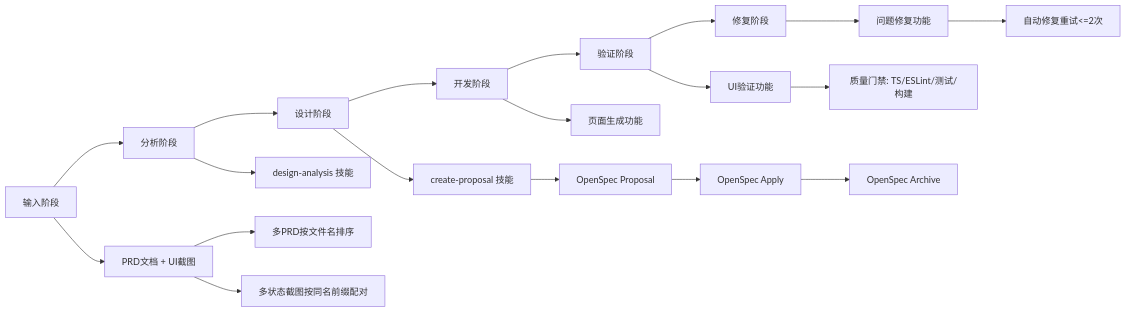
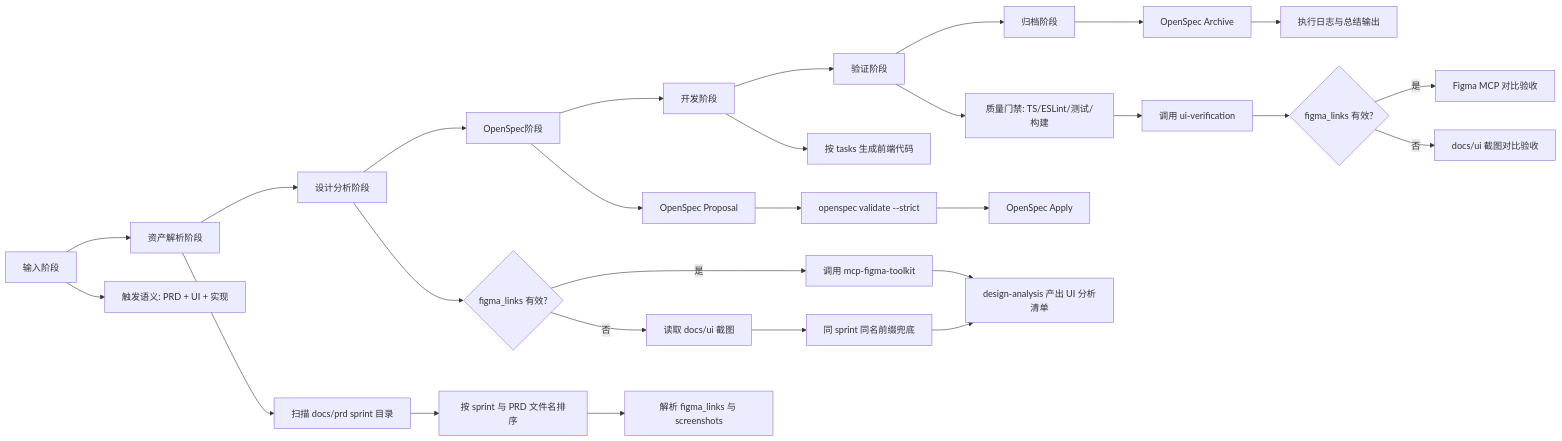
One commit to Sunday233/ai-front-end changed the diagram in docs/architecture/端到端流程图.md. Above: the diagram before and after it, drawn with Mermaid. The commit also changed other lines of this file and 10 other files, not shown here.

````diff
--- a/docs/architecture/端到端流程图.md
+++ b/docs/architecture/端到端流程图.md
@@ -9,19 +9,30 @@
 ```mermaid
 flowchart LR
-  A[输入阶段] --> B[分析阶段] --> C[设计阶段] --> D[开发阶段] --> E[验证阶段] --> F[修复阶段]
+  A[输入阶段] --> B[资产解析阶段] --> C[设计分析阶段] --> D[OpenSpec阶段] --> E[开发阶段] --> F[验证阶段] --> G[归档阶段]
 
-  A --> A1[PRD文档 + UI截图]
-  B --> B1[design-analysis 技能]
-  C --> C1[create-proposal 技能]
-  D --> D1[页面生成功能]
-  E --> E1[UI验证功能]
-  F --> F1[问题修复功能]
+  A --> A1[触发语义: PRD + UI + 实现]
+  B --> B1[扫描 docs/prd sprint 目录]
+  B1 --> B2[按 sprint 与 PRD 文件名排序]
+  B2 --> B3[解析 figma_links 与 screenshots]
 
-  A1 --> A2[多PRD按文件名排序]
-  A1 --> A3[多状态截图按同名前缀配对]
-  C1 --> C2[OpenSpec Proposal]
-  C2 --> C3[OpenSpec Apply]
-  C3 --> C4[OpenSpec Archive]
-  E1 --> E2[质量门禁: TS/ESLint/测试/构建]
-  F1 --> F2[自动修复重试<=2次]
+  C --> C1{figma_links 有效?}
+  C1 -->|是| C2[调用 mcp-figma-toolkit]
+  C1 -->|否| C3[读取 docs/ui 截图]
+  C3 --> C4[同 sprint 同名前缀兜底]
+  C2 --> C5[design-analysis 产出 UI 分析清单]
+  C4 --> C5
+
+  D --> D1[OpenSpec Proposal]
+  D1 --> D2[openspec validate --strict]
+  D2 --> D3[OpenSpec Apply]
+
+  E --> E1[按 tasks 生成前端代码]
+  F --> F1[质量门禁: TS/ESLint/测试/构建]
+  F1 --> F2[调用 ui-verification]
+  F2 --> F3{figma_links 有效?}
+  F3 -->|是| F4[Figma MCP 对比验收]
+  F3 -->|否| F5[docs/ui 截图对比验收]
+
+  G --> G1[OpenSpec Archive]
+  G1 --> G2[执行日志与总结输出]
 ```
````
